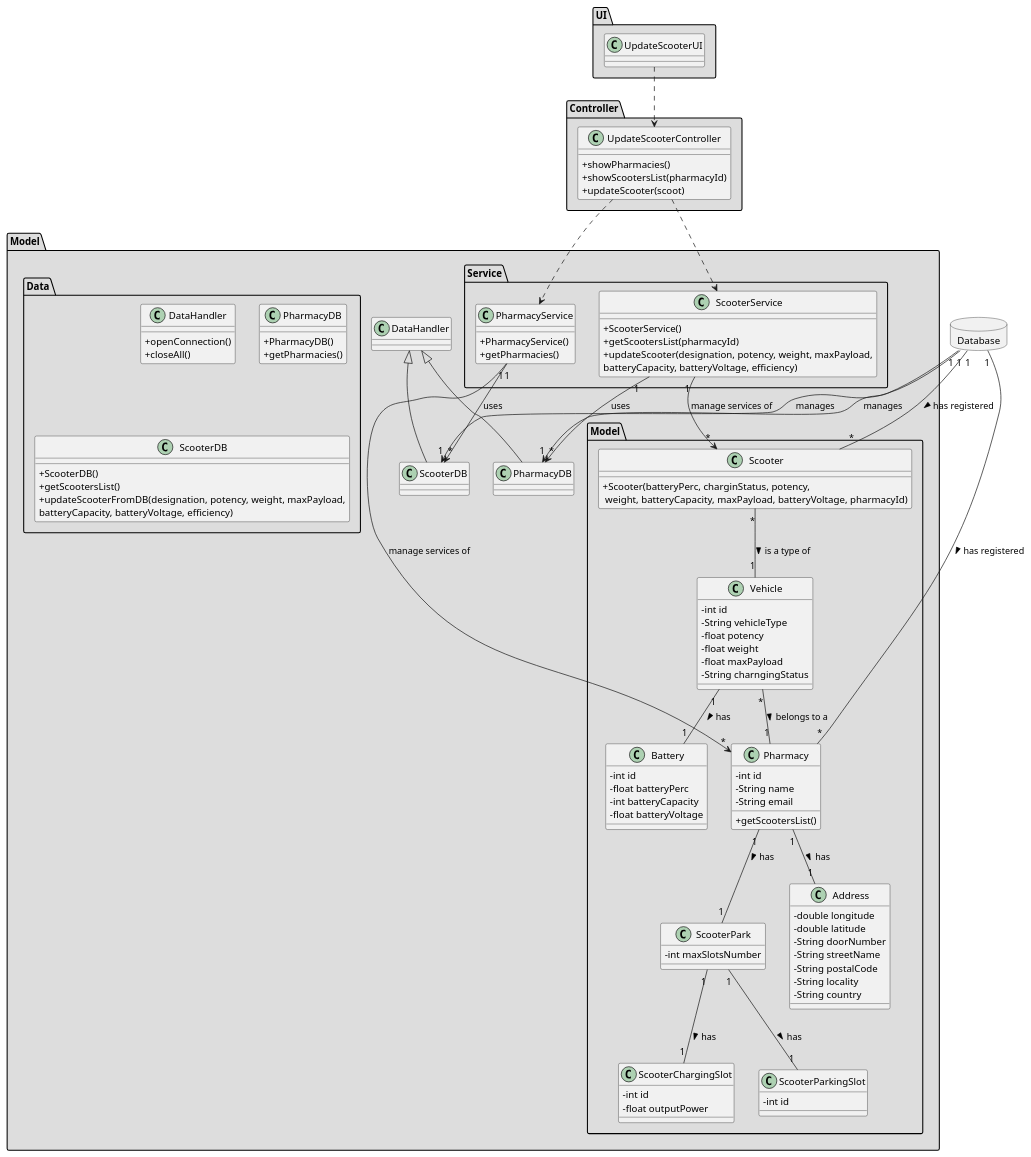
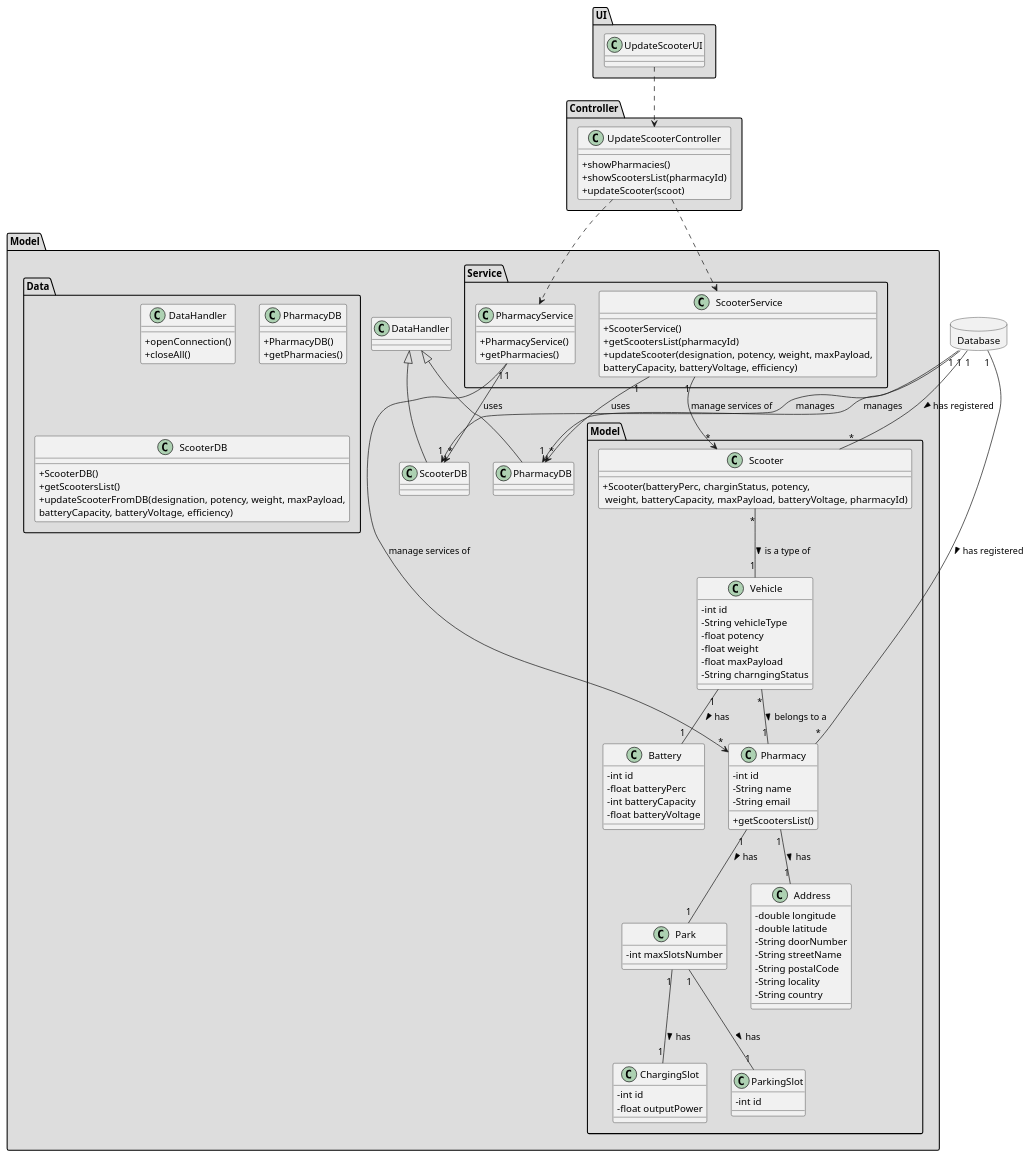
One commit to tiagoavcosta25/LAPR3 changed the diagram in docs/Iteration 3/Scooter Management/Refinement/US32_UpdateScooter/US32_CD.puml. Above: the diagram before and after it, drawn with PlantUML. The commit also changed 7 other files, not shown here.

```diff
--- a/docs/Iteration 3/Scooter Management/Refinement/US32_UpdateScooter/US32_CD.puml
+++ b/docs/Iteration 3/Scooter Management/Refinement/US32_UpdateScooter/US32_CD.puml
@@ -1,130 +1,130 @@
 @startuml
 skinparam classAttributeIconSize 0
 
 database Database {
 }
 
 package "UI" #DDDDDD {
 class UpdateScooterUI{
 }
 }
 
 package "Controller" #DDDDDD {
 class UpdateScooterController{
 +showPharmacies()
 +showScootersList(pharmacyId)
 +updateScooter(scoot)
 }
 }
 
 
 package "Model" #DDDDDD {
  package "Service" #DDDDDD {
   class PharmacyService{
       +PharmacyService()
       +getPharmacies()
   }
 
   class ScooterService{
       +ScooterService()
       +getScootersList(pharmacyId)
       +updateScooter(designation, potency, weight, maxPayload,\nbatteryCapacity, batteryVoltage, efficiency)
    }
 }
 
 package "Model" #DDDDDD {
-class ScooterPark{
+class Park{
 -   int maxSlotsNumber
 }
 
-class ScooterChargingSlot{
+class ChargingSlot{
 -   int id
 -   float outputPower
 }
 
-class ScooterParkingSlot{
+class ParkingSlot{
 -   int id
 }
 
 class Scooter{
 +Scooter(batteryPerc, charginStatus, potency,\n weight, batteryCapacity, maxPayload, batteryVoltage, pharmacyId)
 
 }
 
 class Vehicle{
   -int id
   -String vehicleType
   -float potency
   -float weight
   -float maxPayload
   -String charngingStatus
 }
 
 class Battery{
   -int id
   -float batteryPerc
   -int batteryCapacity
   -float batteryVoltage
 }
 
 class Address{
   -double longitude
   -double latitude
   -String doorNumber
   -String streetName
   -String postalCode
   -String locality
   -String country
 }
 
 class Pharmacy {
   -int id
   -String name
 -   String email
   +getScootersList()
 }
 }
 
 
 package "Data" #DDDDDD {
 class DataHandler{
     +openConnection()
     +closeAll()
 }
 class PharmacyDB{
      +PharmacyDB()
      +getPharmacies()
  }
 
  class ScooterDB{
      +ScooterDB()
      +getScootersList()
      +updateScooterFromDB(designation, potency, weight, maxPayload,\nbatteryCapacity, batteryVoltage, efficiency)
   }
 }
 
 class PharmacyDB extends DataHandler
 class ScooterDB extends DataHandler
 
 UpdateScooterUI ..> UpdateScooterController
 UpdateScooterController ..> PharmacyService
 UpdateScooterController ..> ScooterService
 Database "1" --> "1" PharmacyDB : manages
 Database "1" --> "1" ScooterDB : manages
 ScooterService "1" --> "*" PharmacyDB : uses
 PharmacyService "1" --> "*" ScooterDB : uses
 PharmacyService "1" --> "*" Pharmacy : manage services of
 ScooterService "1" --> "*" Scooter : manage services of
 
 Database "1" -- "*" Pharmacy : has registered >
 Database "1" -- "*" Scooter : has registered >
 
 Vehicle "1" -- "1" Battery : has >
 Vehicle "*" -- "1" Pharmacy : belongs to a >
 Scooter "*" -- "1" Vehicle : is a type of >
 Pharmacy "1" -- "1" Address : has >
-Pharmacy "1" -- "1" ScooterPark : has >
-ScooterPark "1" -- "1" ScooterChargingSlot : has >
-ScooterPark "1" -- "1" ScooterParkingSlot : has >
+Pharmacy "1" -- "1" Park : has >
+Park "1" -- "1" ChargingSlot : has >
+Park "1" -- "1" ParkingSlot : has >
 
 @enduml
```
